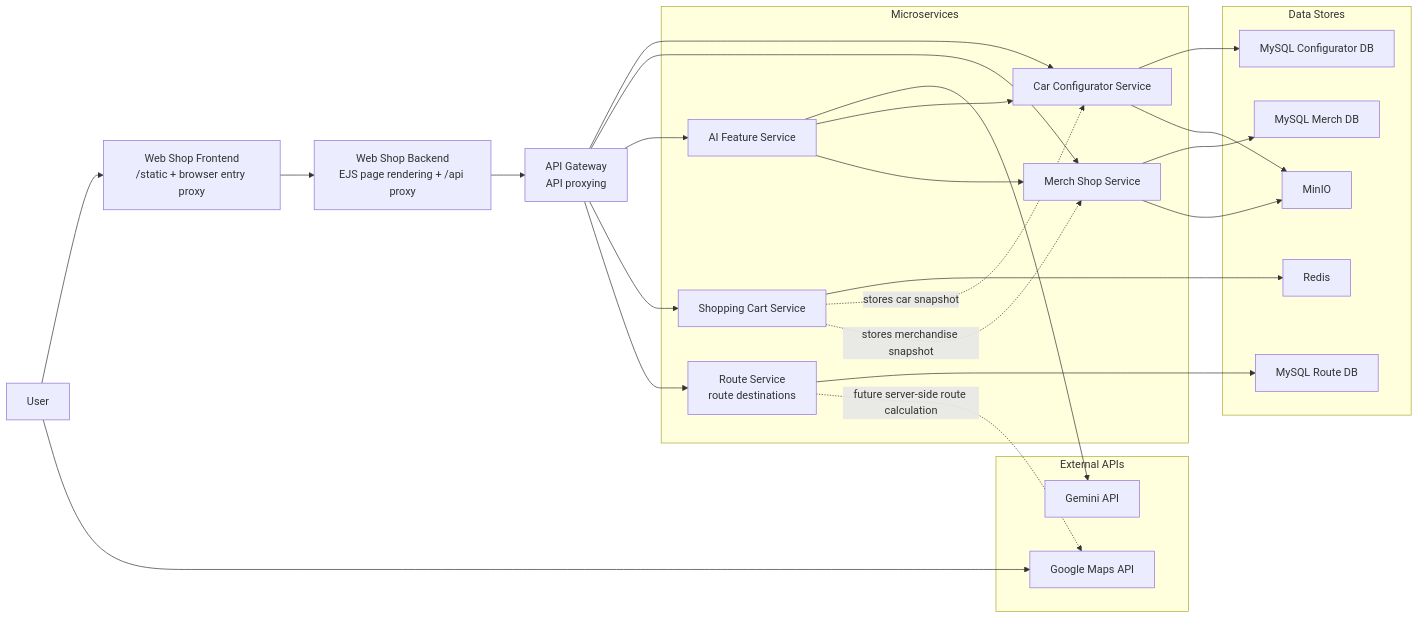
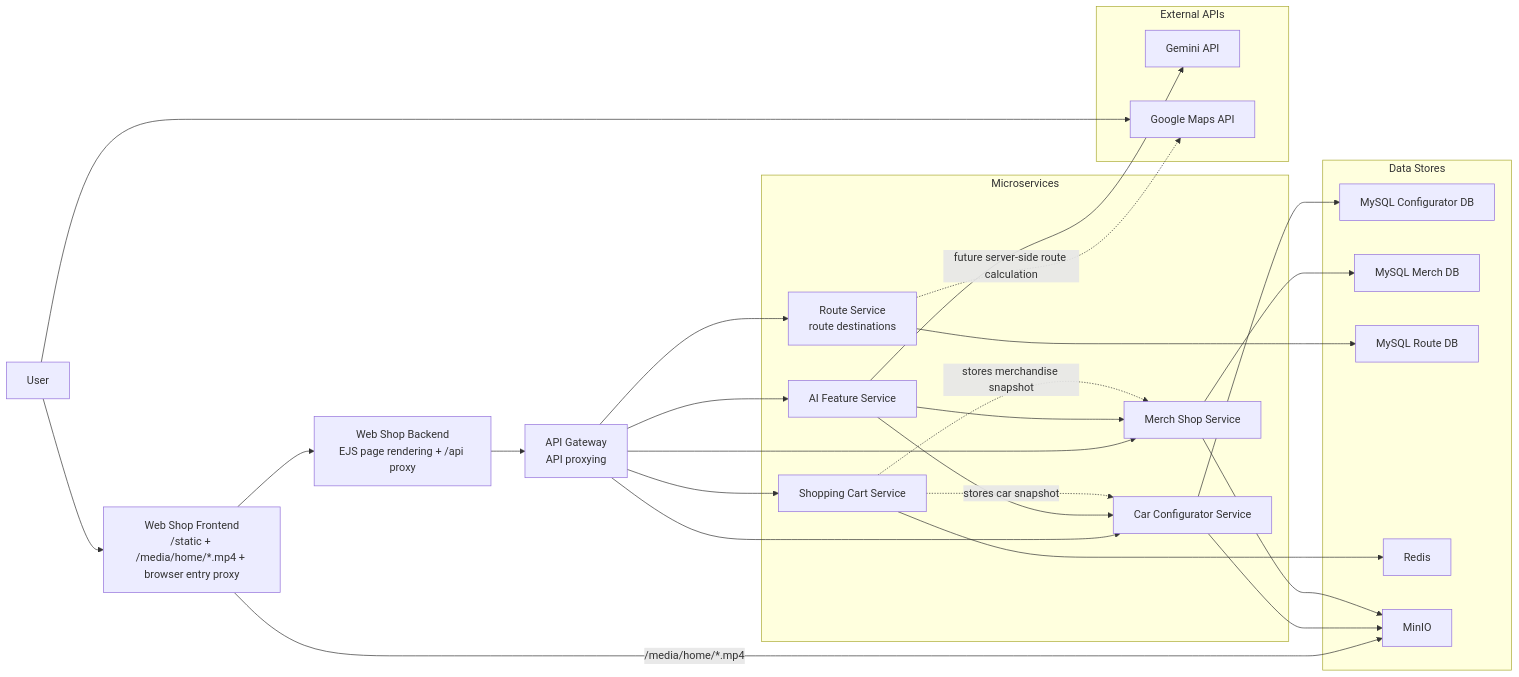
One commit to CloudBasedWebApplication/bmw changed the diagram in docs/architecture.md. Above: the diagram before and after it, drawn with Mermaid. The commit also changed other lines of this file and 8 other files, not shown here.

First line of the commit message:
feat(frontend): proxy homepage videos through MinIO

````diff
--- a/docs/architecture.md
+++ b/docs/architecture.md
@@ -13,58 +13,59 @@
 ```mermaid
 flowchart LR
     user["User"]
-    frontend["Web Shop Frontend\n/static + browser entry proxy"]
+    frontend["Web Shop Frontend\n/static + /media/home/*.mp4 + browser entry proxy"]
     backendPresentation["Web Shop Backend\nEJS page rendering + /api proxy"]
     gateway["API Gateway\nAPI proxying"]
 
     subgraph backend["Microservices"]
         configurator["Car Configurator Service"]
         merchandise["Merch Shop Service"]
         ai["AI Feature Service"]
         cart["Shopping Cart Service"]
         route["Route Service\nroute destinations"]
     end
 
     subgraph data["Data Stores"]
         mysqlConfigurator["MySQL Configurator DB"]
         mysqlMerch["MySQL Merch DB"]
         mysqlRoute["MySQL Route DB"]
         redis["Redis"]
         minio["MinIO"]
     end
 
     subgraph external["External APIs"]
         gemini["Gemini API"]
         googlemaps["Google Maps API"]
     end
 
     user --> frontend
     frontend --> backendPresentation
+    frontend -- "/media/home/*.mp4" --> minio
     backendPresentation --> gateway
 
     gateway --> configurator
     gateway --> merchandise
     gateway --> ai
     gateway --> cart
     gateway --> route
 
     user --> googlemaps
 
     configurator --> mysqlConfigurator
     configurator --> minio
 
     merchandise --> mysqlMerch
     merchandise --> minio
 
     ai --> gemini
     ai --> configurator
     ai --> merchandise
 
     cart --> redis
     route --> mysqlRoute
 
     route -. "future server-side route calculation" .-> googlemaps
 
     cart -. "stores car snapshot" .-> configurator
     cart -. "stores merchandise snapshot" .-> merchandise
 ```
````
